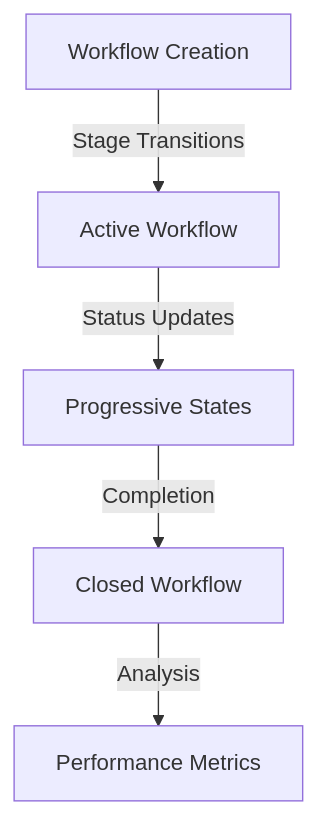
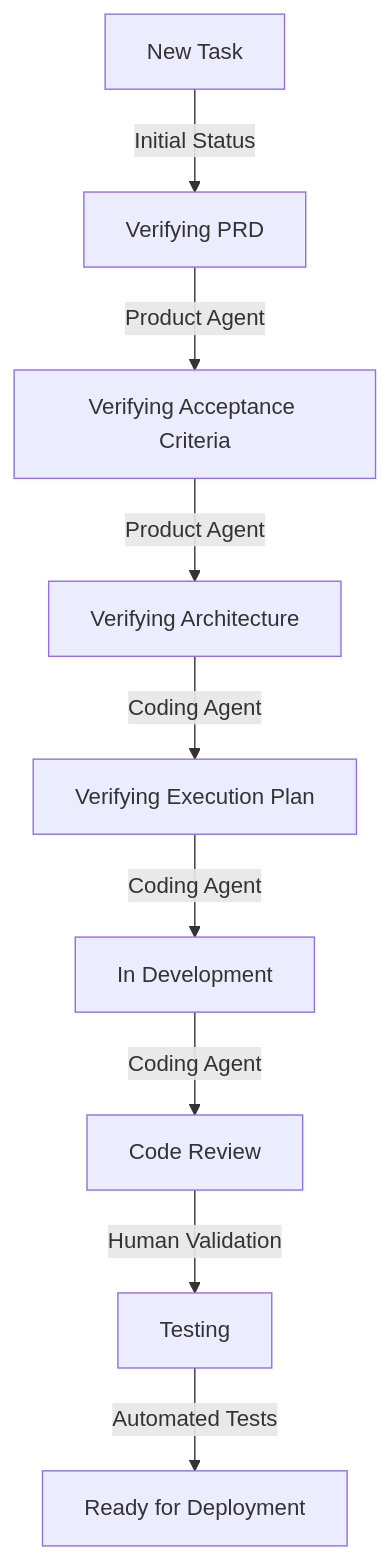
One commit to kgatilin/aihive changed the third of 5 diagrams in docs/arch/data_flow_architecture.md. Above: the diagram before and after it, drawn with Mermaid. The commit also changed other lines of this file and 3 other files, not shown here.

Commit message:
Streamline architecture docs to align with simplified component architecture

````diff
--- a/docs/arch/data_flow_architecture.md
+++ b/docs/arch/data_flow_architecture.md
@@ -72,7 +68,11 @@
 ```mermaid
 graph TD
-    A[Workflow Creation] -->|Stage Transitions| B[Active Workflow]
-    B -->|Status Updates| C[Progressive States]
-    C -->|Completion| D[Closed Workflow]
-    D -->|Analysis| E[Performance Metrics]
+    A[New Task] -->|Initial Status| B[Verifying PRD]
+    B -->|Product Agent| C[Verifying Acceptance Criteria]
+    C -->|Product Agent| D[Verifying Architecture]
+    D -->|Coding Agent| E[Verifying Execution Plan]
+    E -->|Coding Agent| F[In Development]
+    F -->|Coding Agent| G[Code Review]
+    G -->|Human Validation| H[Testing]
+    H -->|Automated Tests| I[Ready for Deployment]
 ```
````
